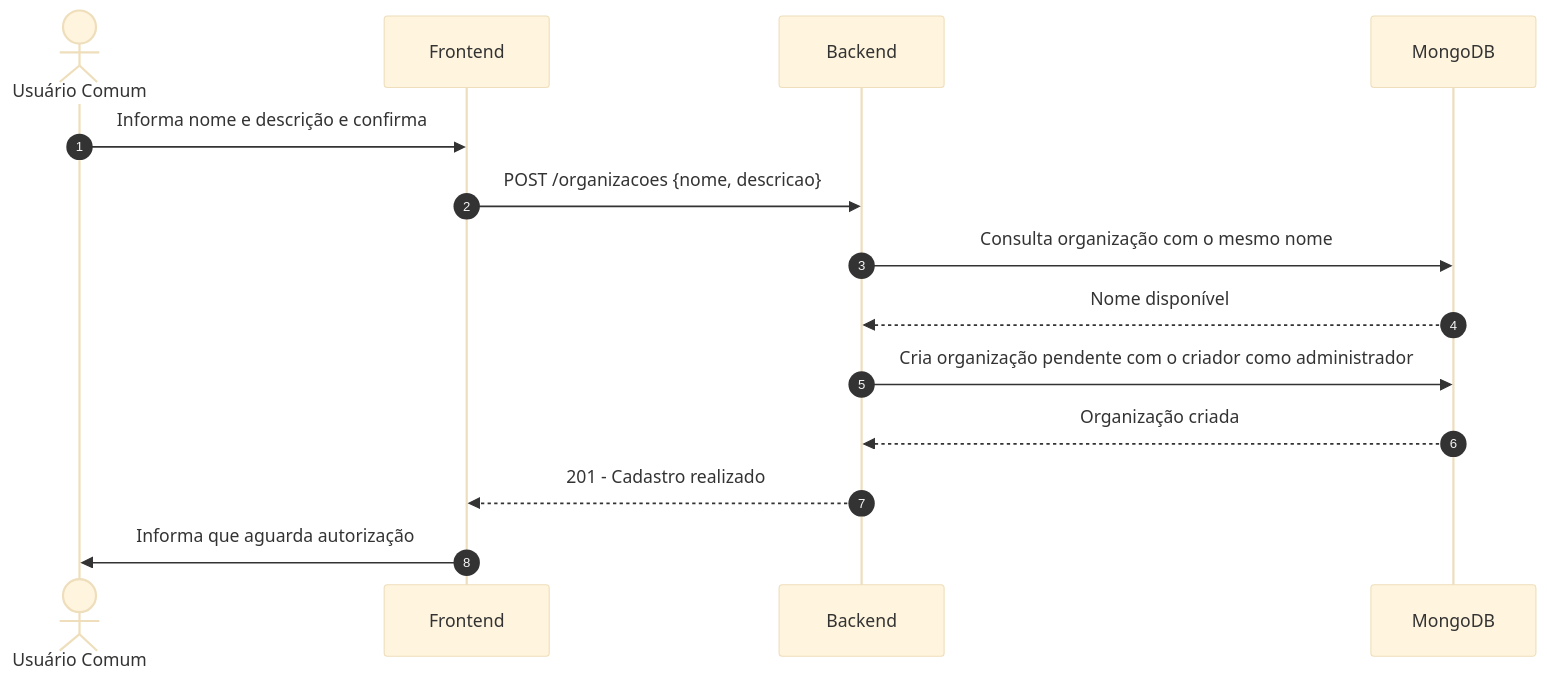
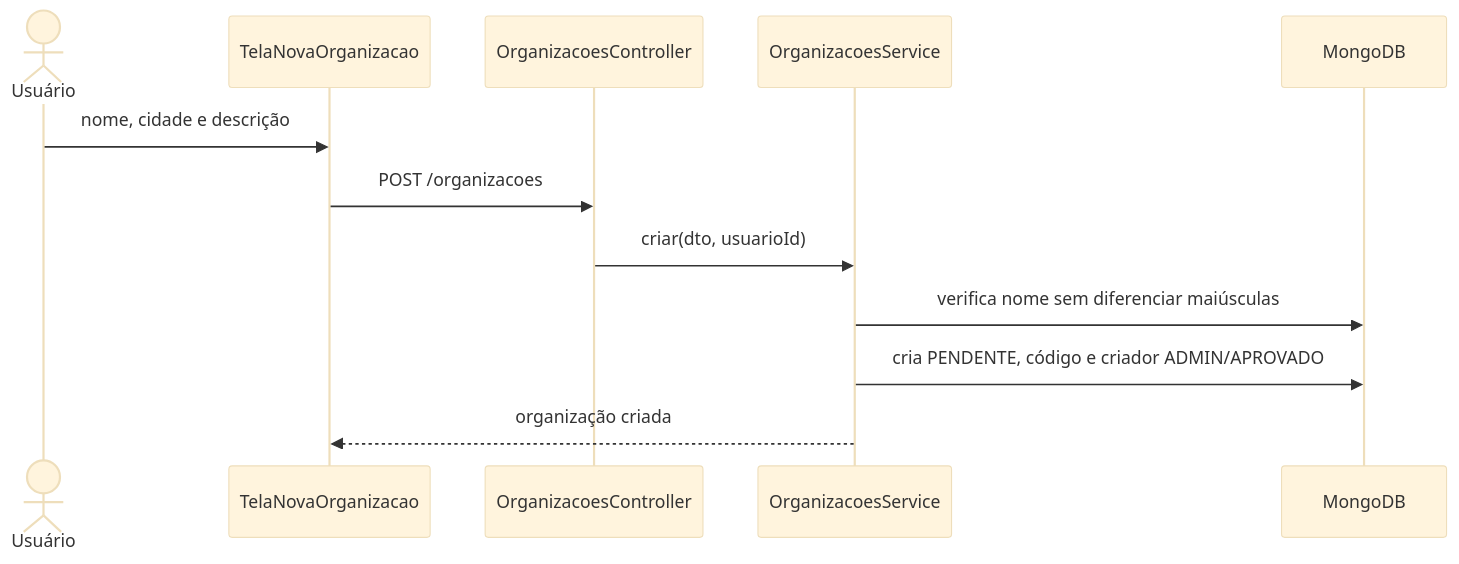
One commit to Conecta-IFSP/DOCUMENTATION changed the first of 8 diagrams in 2 - Incremento1/cadastro-organizacao/6 - diagramas-sequencia-cadastro-organizacao.md. Above: the diagram before and after it, drawn with Mermaid (base theme). The commit also changed other lines of this file and 43 other files, not shown here.

````diff
--- a/2 - Incremento1/cadastro-organizacao/6 - diagramas-sequencia-cadastro-organizacao.md
+++ b/2 - Incremento1/cadastro-organizacao/6 - diagramas-sequencia-cadastro-organizacao.md
@@ -5,17 +7,14 @@
 ```mermaid
 sequenceDiagram
-    autonumber
-    actor Usuario as Usuário Comum
-    participant Front as Frontend
-    participant API as Backend
+    actor U as Usuário
+    participant T as TelaNovaOrganizacao
+    participant C as OrganizacoesController
+    participant S as OrganizacoesService
     participant DB as MongoDB
-
-    Usuario->>Front: Informa nome e descrição e confirma
-    Front->>API: POST /organizacoes {nome, descricao}
-    API->>DB: Consulta organização com o mesmo nome
-    DB-->>API: Nome disponível
-    API->>DB: Cria organização pendente com o criador como administrador
-    DB-->>API: Organização criada
-    API-->>Front: 201 - Cadastro realizado
-    Front->>Usuario: Informa que aguarda autorização
+    U->>T: nome, cidade e descrição
+    T->>C: POST /organizacoes
+    C->>S: criar(dto, usuarioId)
+    S->>DB: verifica nome sem diferenciar maiúsculas
+    S->>DB: cria PENDENTE, código e criador ADMIN/APROVADO
+    S-->>T: organização criada
 ```
````
